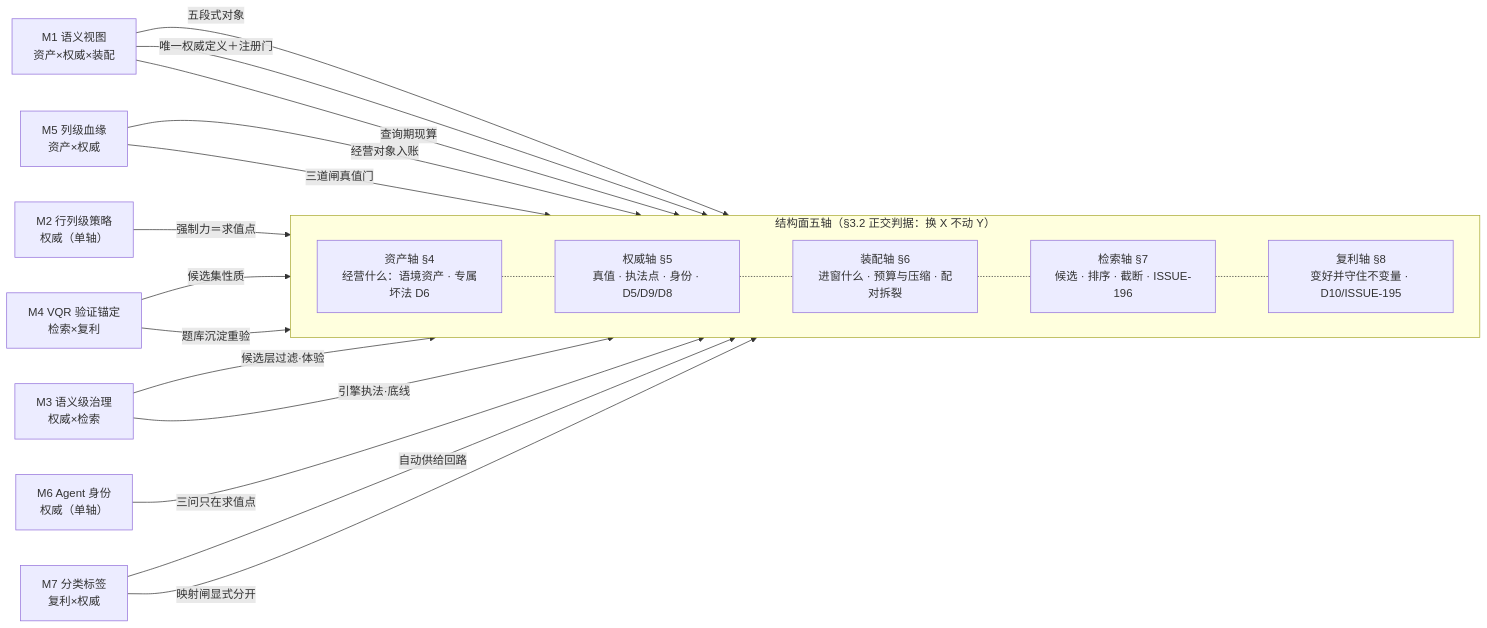
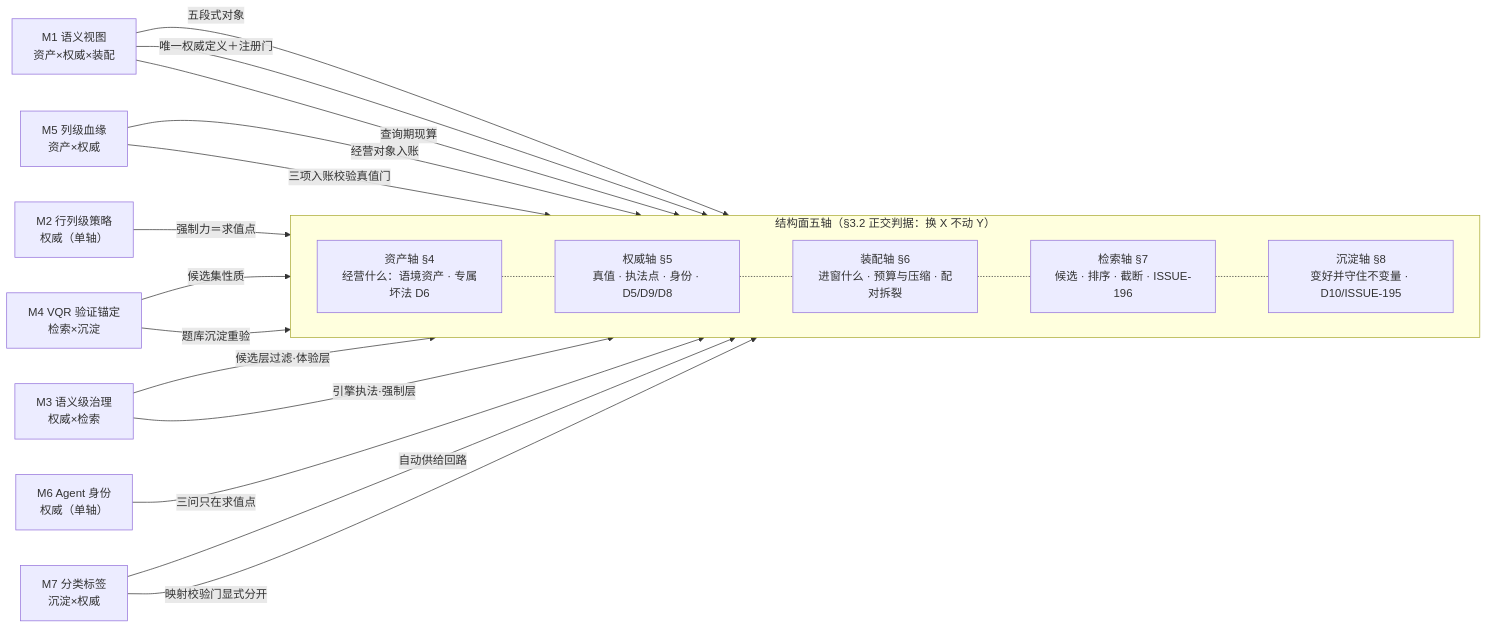
One commit to ThreeFish-AI/negentropy changed the diagram in docs/assets/mermaid/cognitive-context/context-layer-blueprint--layer-mechanism-map.mmd. Above: the diagram before and after it, drawn with Mermaid. The commit also changed 111 other files, not shown here.

First line of the commit message:
docs(cognitive-context): 13 张 Context Layer 配图去比喻重渲——candidate 全量入库、节点拓扑坐标零变动;

```diff
--- a/docs/assets/mermaid/cognitive-context/context-layer-blueprint--layer-mechanism-map.mmd
+++ b/docs/assets/mermaid/cognitive-context/context-layer-blueprint--layer-mechanism-map.mmd
@@ -1,37 +1,37 @@
-%%source: docs/research/cognitive-context/013-context-layer-blueprint.md §3.3 机制＝接缝组合（M1–M7 轴向量矩阵：五轴为列、机制挂接缝）
+%%source: docs/research/cognitive-context/013-context-layer-blueprint.md §3.3 机制＝多轴组合（M1–M7 轴向量矩阵：五轴为列、机制跨轴组合）
 %%slug: cognitive-context/context-layer-blueprint--layer-mechanism-map
 %%type: architecture
-%%derived: archify architecture v2, authored fresh（v1 五层×机制-实例对退役；新构型＝结构面五轴主链＋M1–M7 按轴向量挂接缝，M2/M6 单轴全落权威，无全轴机制、无落不进轴的机制）
+%%derived: archify architecture v2, authored fresh（v1 五层×机制-实例对退役；新构型＝结构面五轴主链＋M1–M7 按轴向量跨轴组合，M2/M6 单轴全落权威，无全轴机制、无落不进轴的机制）
 flowchart LR
     subgraph SPINE["结构面五轴（§3.2 正交判据：换 X 不动 Y）"]
         direction LR
         A1["资产轴 §4<br/>经营什么：语境资产 · 专属坏法 D6"]
         A2["权威轴 §5<br/>真值 · 执法点 · 身份 · D5/D9/D8"]
         A3["装配轴 §6<br/>进窗什么 · 预算与压缩 · 配对拆裂"]
         A4["检索轴 §7<br/>候选 · 排序 · 截断 · ISSUE-196"]
-        A5["复利轴 §8<br/>变好并守住不变量 · D10/ISSUE-195"]
+        A5["沉淀轴 §8<br/>变好并守住不变量 · D10/ISSUE-195"]
     end
     M1["M1 语义视图<br/>资产×权威×装配"]
     M5["M5 列级血缘<br/>资产×权威"]
     M2["M2 行列级策略<br/>权威（单轴）"]
-    M4["M4 VQR 验证锚定<br/>检索×复利"]
+    M4["M4 VQR 验证锚定<br/>检索×沉淀"]
     M3["M3 语义级治理<br/>权威×检索"]
     M6["M6 Agent 身份<br/>权威（单轴）"]
-    M7["M7 分类标签<br/>复利×权威"]
+    M7["M7 分类标签<br/>沉淀×权威"]
     A1 -.- A2
     A2 -.- A3
     A3 -.- A4
     A4 -.- A5
     M1 -->|五段式对象| A1
     M1 -->|唯一权威定义＋注册门| A2
     M1 -->|查询期现算| A3
     M5 -->|经营对象入账| A1
-    M5 -->|三道闸真值门| A2
+    M5 -->|三项入账校验真值门| A2
     M2 -->|强制力＝求值点| A2
     M4 -->|候选集性质| A4
     M4 -->|题库沉淀重验| A5
-    M3 -->|候选层过滤·体验| A4
-    M3 -->|引擎执法·底线| A2
+    M3 -->|候选层过滤·体验层| A4
+    M3 -->|引擎执法·强制层| A2
     M6 -->|三问只在求值点| A2
     M7 -->|自动供给回路| A5
-    M7 -->|映射闸显式分开| A2
+    M7 -->|映射校验门显式分开| A2
```
